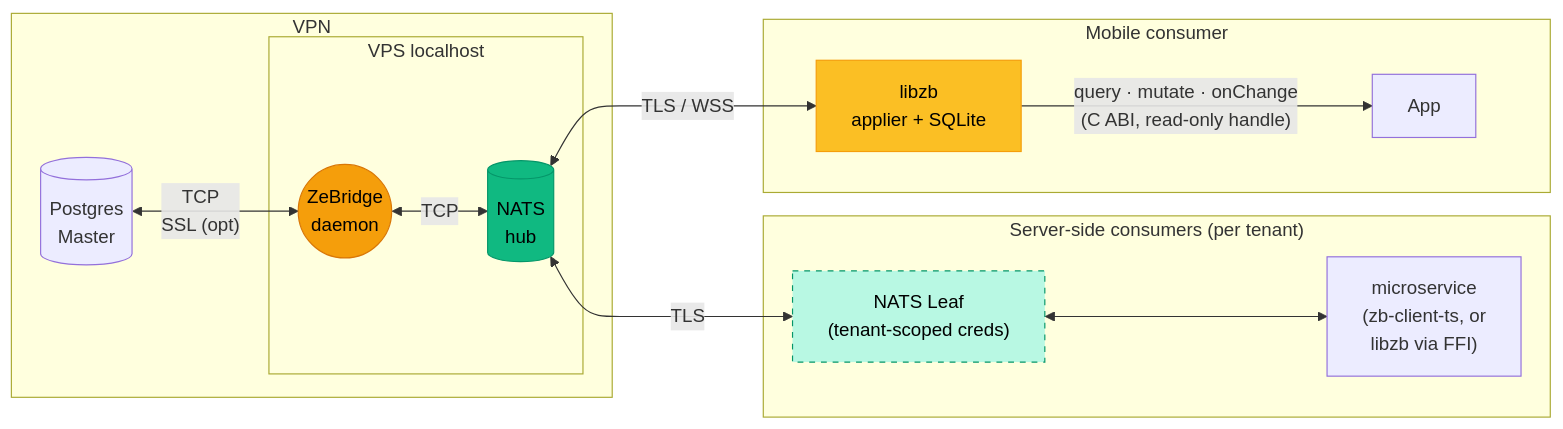
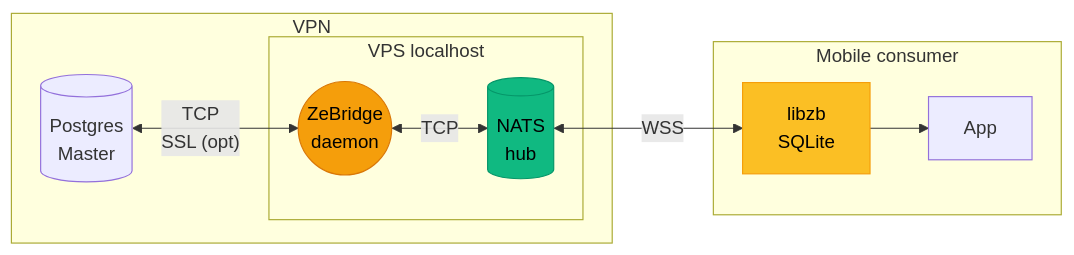
The first of 3 diagrams in README.md (ndrean/ZeBridge), drawn with Mermaid before and after one commit. The commit also changed other lines of this file and 25 other files, not shown here.

````diff
--- a/README.md
+++ b/README.md
@@ -83,31 +85,24 @@
 ```mermaid
 flowchart LR
      subgraph VPN["VPN"]
         PG[("Postgres<br>Master")]
         subgraph Localhost ["VPS localhost"]
             Bridge(("ZeBridge <br> daemon"))
             NATS[("NATS <br>hub")]
         end
         PG <-- "TCP<br>SSL (opt)" --> Bridge
         Bridge <--> |"TCP"| NATS
     end
 
-    NATS <-- "TLS" --> NATS_L
-    NATS <-- "TLS / WSS" --> Lib
+    NATS <-- "WSS" --> Lib
 
 
-     subgraph Edge["Server-side consumers (per tenant)"]
-        NATS_L["NATS Leaf<br>(tenant-scoped creds)"]
-        NATS_L <--> Svc["microservice<br>(zb-client-ts, or<br>libzb via FFI)"]
-    end
-
     subgraph Mobile["Mobile consumer"]
-        Lib["libzb<br>applier + SQLite"]
-        Lib -- "query · mutate · onChange<br>(C ABI, read-only handle)" --> App["App"]
+        Lib["libzb<br> SQLite"]
+        Lib --> App["App"]
     end
 
     style Bridge fill:#f59e0b,stroke:#d97706,color:#000
     style Lib fill:#fbbf24,stroke:#f59e0b,color:#000
     style NATS fill:#10b981,stroke:#059669,color:#000
-    style NATS_L fill:#b8f8e3,stroke:#059669,stroke-dasharray:5 5,color:#000
 ```
````
